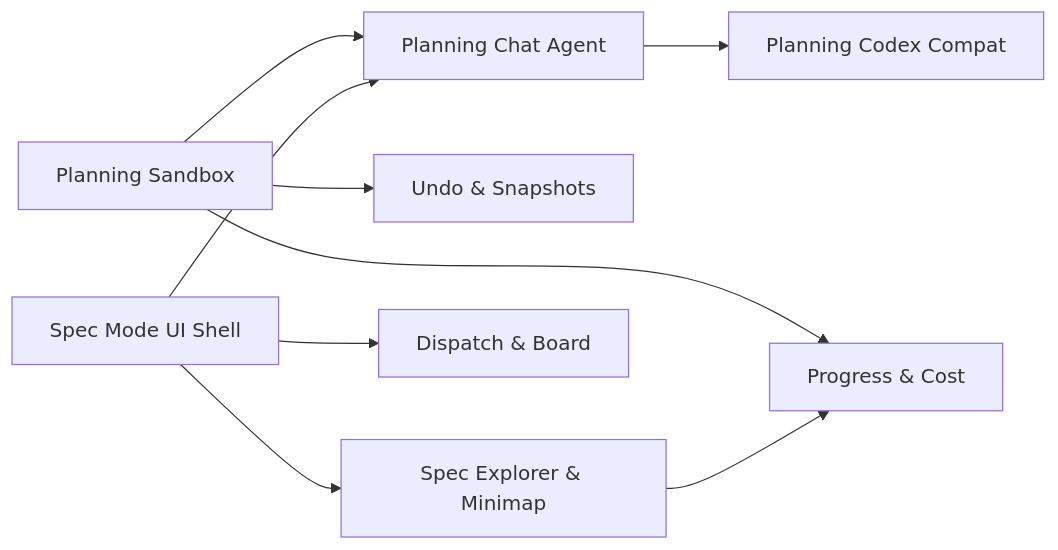
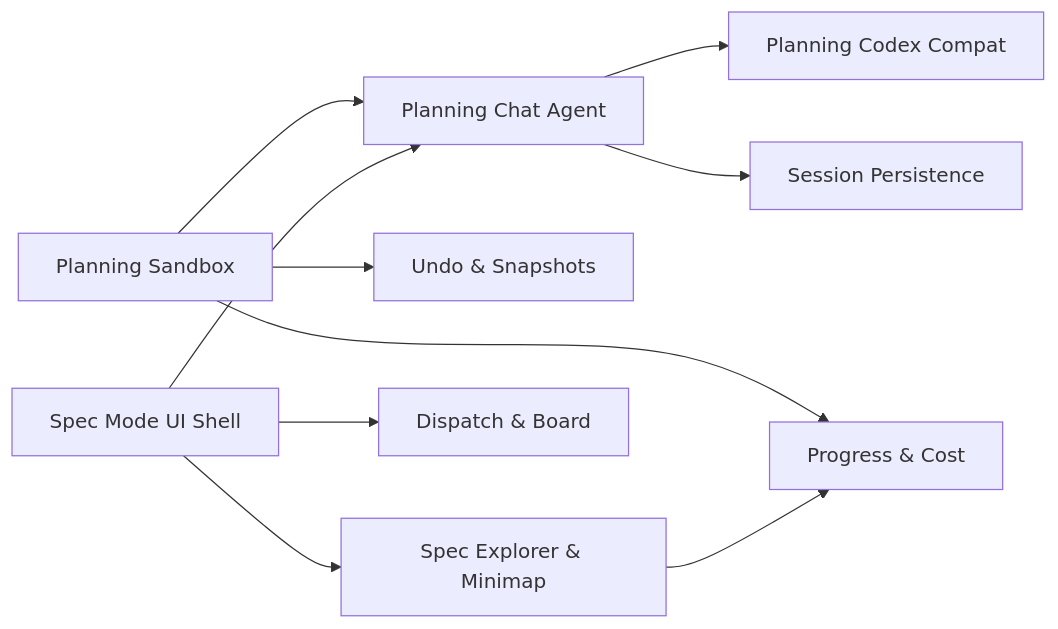
Before and after one commit to changkun/wallfacer: the diagram in specs/local/spec-coordination/spec-planning-ux.md, drawn with Mermaid. The commit also changed other lines of this file and 1 other file, not shown here.

Commit message:
specs: add session persistence and recovery spec for planning chat
Per-turn NDJSON storage, dedicated claude-planning-config volume,
structured context reconstruction from tool trajectories on session
loss, graceful recovery UX. Addresses the shared-volume fragility
and lossy history reconstruction identified in the planning-chat-agent
wrapup.

````diff
--- a/specs/local/spec-coordination/spec-planning-ux.md
+++ b/specs/local/spec-coordination/spec-planning-ux.md
@@ -440,11 +441,12 @@
 ```mermaid
 graph LR
   A[Planning Sandbox] --> D[Planning Chat Agent]
   A --> F[Undo & Snapshots]
   A --> G[Progress & Cost]
   B[Spec Mode UI Shell] --> C[Spec Explorer & Minimap]
   B --> D
   B --> E[Dispatch & Board]
   C --> G
   D --> H[Planning Codex Compat]
+  D --> I[Session Persistence]
 ```
````
